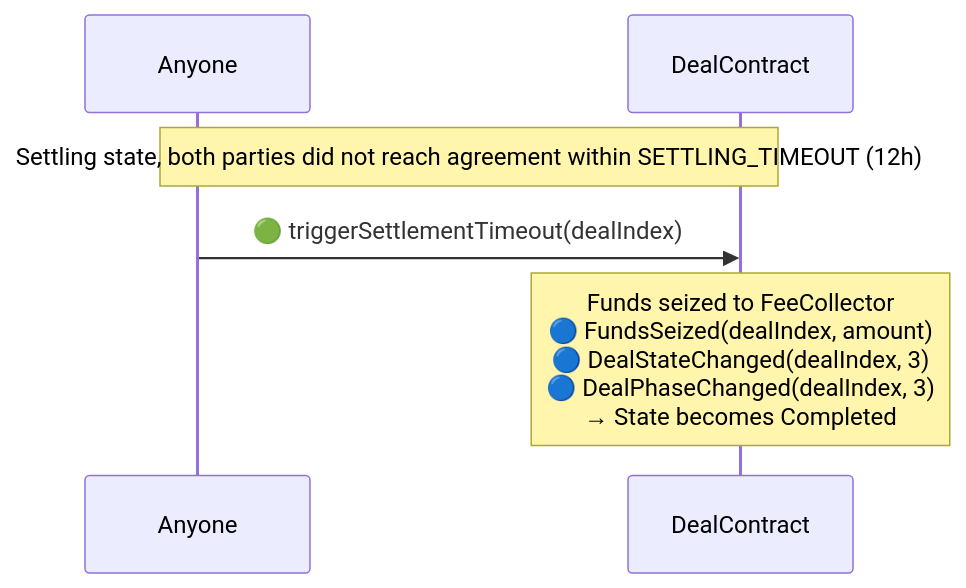
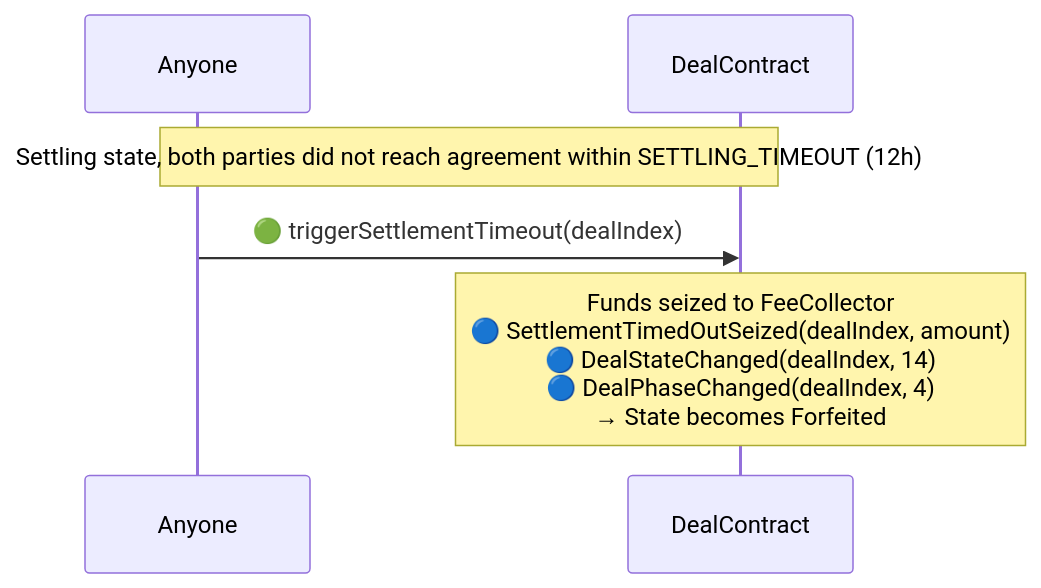
The eighth of 9 diagrams in examples/x-quote/x-quote-design.md (synctxai/synctx), drawn with Mermaid before and after one commit. The commit also changed other lines of this file and 4 other files, not shown here.

````diff
--- a/examples/x-quote/x-quote-design.md
+++ b/examples/x-quote/x-quote-design.md
@@ -386,9 +417,9 @@
 ```mermaid
 sequenceDiagram
     participant X as Anyone
     participant D as DealContract
 
     Note over X,D: Settling state, both parties did not reach agreement within SETTLING_TIMEOUT (12h)
     X->>D: 🟢 triggerSettlementTimeout(dealIndex)
-    Note over D: Funds seized to FeeCollector<br/>🔵 FundsSeized(dealIndex, amount)<br/>🔵 DealStateChanged(dealIndex, 3)<br/>🔵 DealPhaseChanged(dealIndex, 3)<br/>→ State becomes Completed
+    Note over D: Funds seized to FeeCollector<br/>🔵 SettlementTimedOutSeized(dealIndex, amount)<br/>🔵 DealStateChanged(dealIndex, 14)<br/>🔵 DealPhaseChanged(dealIndex, 4)<br/>→ State becomes Forfeited
 ```
````
